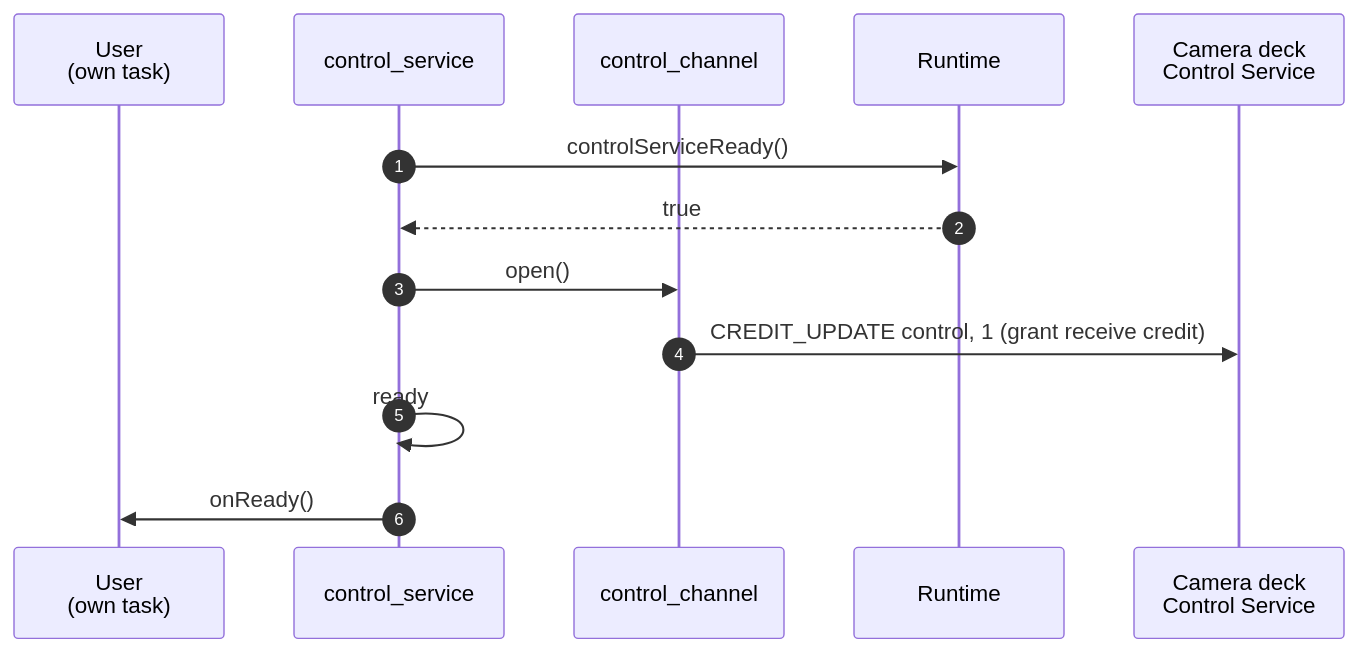
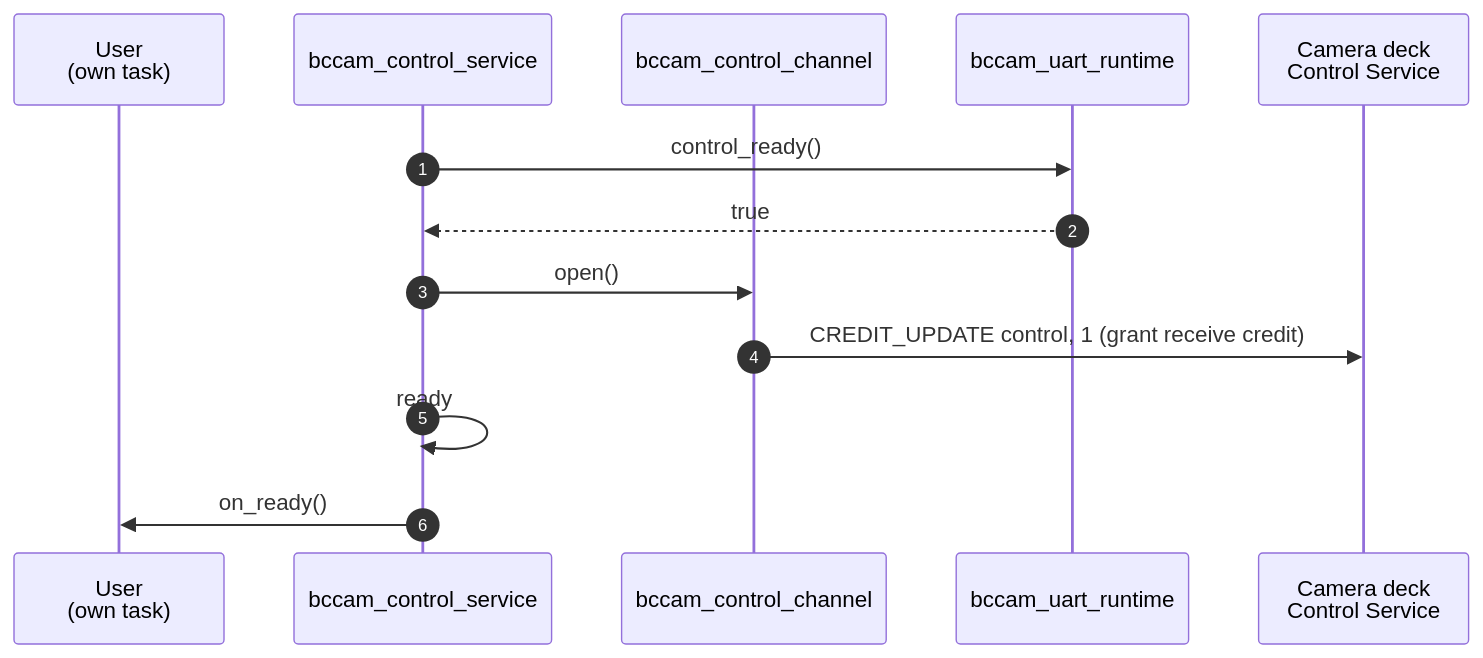
Before and after one commit to bitcraze/crazyflie-firmware: the sixth of 9 diagrams in docs/functional-areas/camera-deck-control.md, drawn with Mermaid. The commit also changed other lines of this file, not shown here.

````diff
--- a/docs/functional-areas/camera-deck-control.md
+++ b/docs/functional-areas/camera-deck-control.md
@@ -491,16 +511,16 @@
 ```mermaid
 sequenceDiagram
     autonumber
     participant U as User<br/>(own task)
-    participant CS as control_service
-    participant Ch as control_channel
-    participant R as Runtime
+    participant CS as bccam_control_service
+    participant Ch as bccam_control_channel
+    participant R as bccam_uart_runtime
     participant D as Camera deck<br/>Control Service
 
-    CS->>R: controlServiceReady()
+    CS->>R: control_ready()
     R-->>CS: true
     CS->>Ch: open()
     Ch->>D: CREDIT_UPDATE control, 1 (grant receive credit)
     CS->>CS: ready
-    CS->>U: onReady()
+    CS->>U: on_ready()
 ```
````
